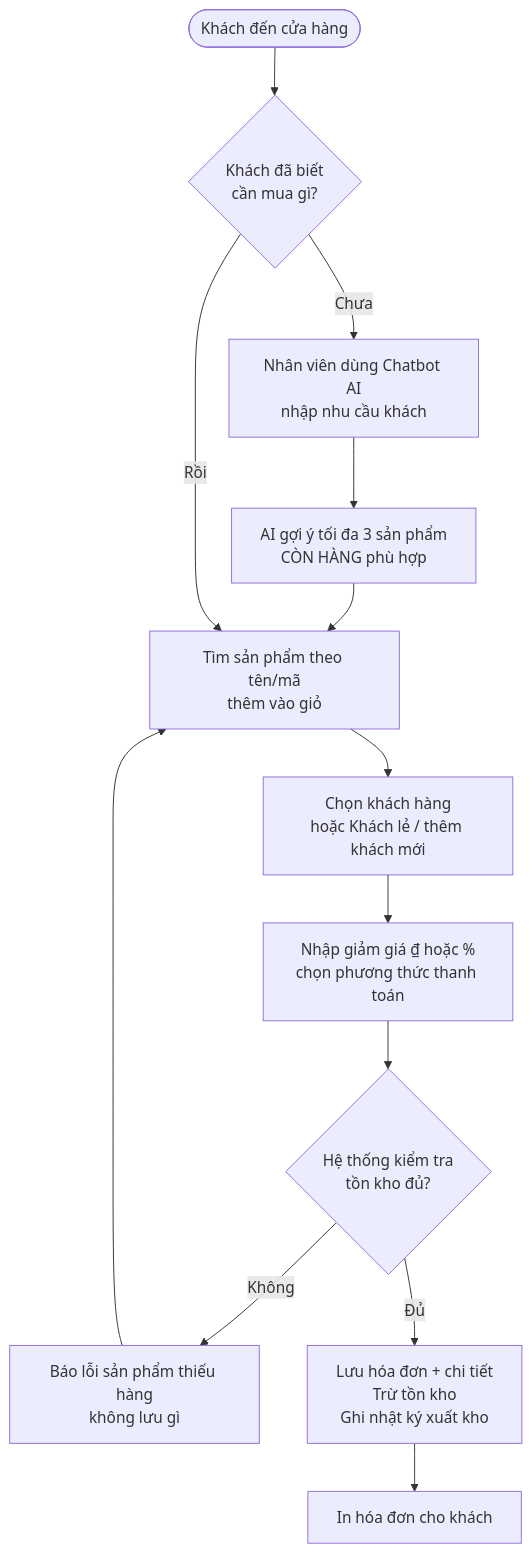
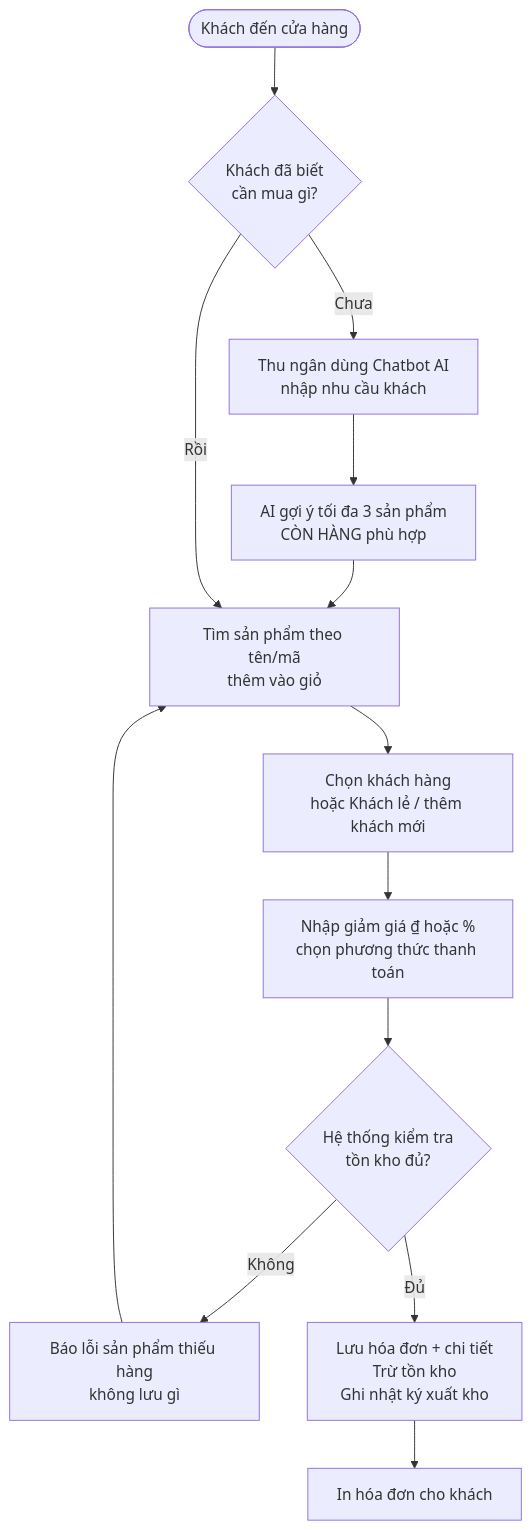
The first of 10 diagrams in docs/01_phan_tich_thiet_ke.md (NSNDHaiDang25/HeThongBanHangTichHopAI), drawn with Mermaid before and after one commit. The commit also changed other lines of this file and 43 other files, not shown here.

````diff
--- a/docs/01_phan_tich_thiet_ke.md
+++ b/docs/01_phan_tich_thiet_ke.md
@@ -22,14 +22,14 @@
 ```mermaid
 flowchart TD
     A([Khách đến cửa hàng]) --> B{Khách đã biết<br/>cần mua gì?}
-    B -- Chưa --> C[Nhân viên dùng Chatbot AI<br/>nhập nhu cầu khách]
+    B -- Chưa --> C[Thu ngân dùng Chatbot AI<br/>nhập nhu cầu khách]
     C --> D[AI gợi ý tối đa 3 sản phẩm<br/>CÒN HÀNG phù hợp]
     D --> E
     B -- Rồi --> E[Tìm sản phẩm theo tên/mã<br/>thêm vào giỏ]
     E --> F[Chọn khách hàng<br/>hoặc Khách lẻ / thêm khách mới]
     F --> G[Nhập giảm giá ₫ hoặc %<br/>chọn phương thức thanh toán]
     G --> H{Hệ thống kiểm tra<br/>tồn kho đủ?}
     H -- Không --> I[Báo lỗi sản phẩm thiếu hàng<br/>không lưu gì] --> E
     H -- Đủ --> J[Lưu hóa đơn + chi tiết<br/>Trừ tồn kho<br/>Ghi nhật ký xuất kho]
     J --> K[In hóa đơn cho khách]
 ```
````
